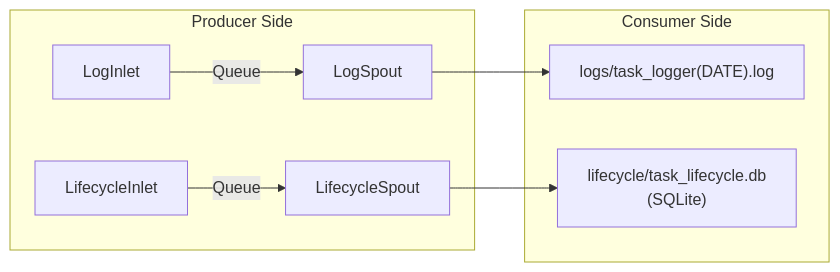
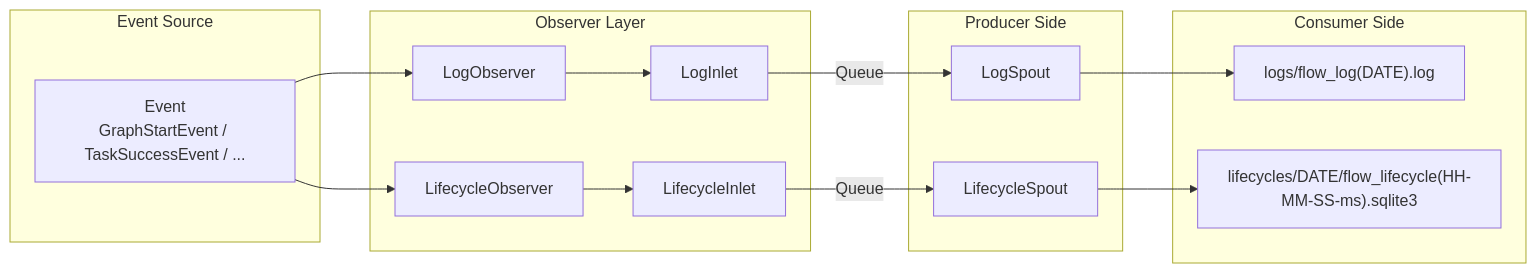
Before and after one commit to Mr-xiaotian/CelestialFlow: the sixth of 9 diagrams in docs/en/presentation.md, drawn with Mermaid. The commit also changed other lines of this file and 176 other files, not shown here.

````diff
--- a/docs/en/presentation.md
+++ b/docs/en/presentation.md
@@ -321,12 +321,24 @@
 ```mermaid
 graph LR
+    subgraph Event Source
+        E["Event<br/>GraphStartEvent / TaskSuccessEvent / ..."]
+    end
+
+    subgraph Observer Layer
+        S1[LogObserver] --> A[LogInlet]
+        S2[LifecycleObserver] --> C[LifecycleInlet]
+    end
+
     subgraph Producer Side
-        A[LogInlet] -->|Queue| B[LogSpout]
-        C[LifecycleInlet] -->|Queue| D[LifecycleSpout]
+        A -->|Queue| B[LogSpout]
+        C -->|Queue| D[LifecycleSpout]
     end
 
     subgraph Consumer Side
-        B --> E["logs/task_logger(DATE).log"]
-        D --> F["lifecycle/task_lifecycle.db<br/>(SQLite)"]
+        B --> E2["logs/flow_log(DATE).log"]
+        D --> F["lifecycles/DATE/flow_lifecycle(HH-MM-SS-ms).sqlite3"]
     end
+
+    E --> S1
+    E --> S2
 ```
````
